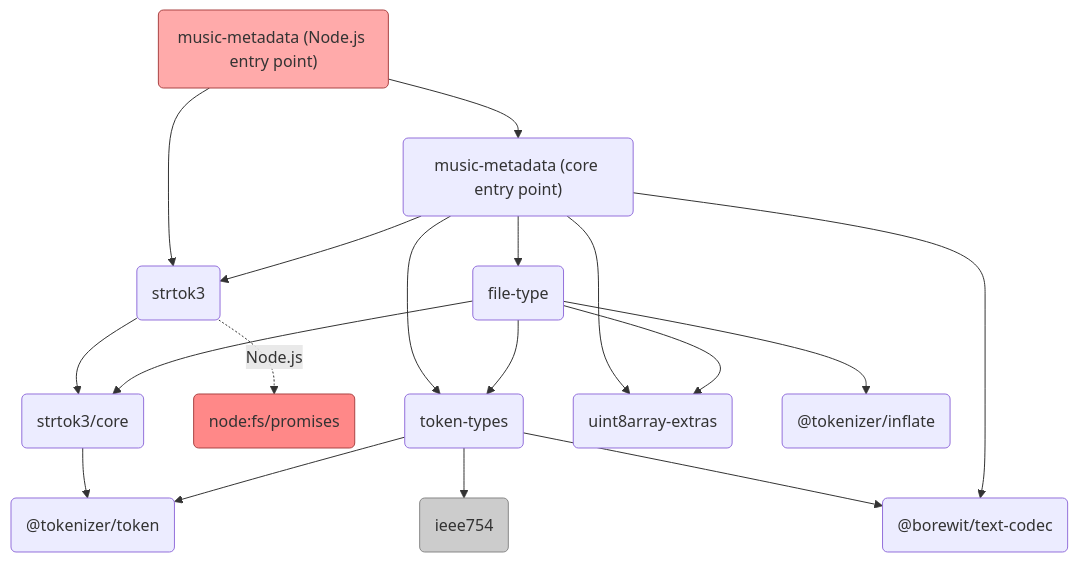
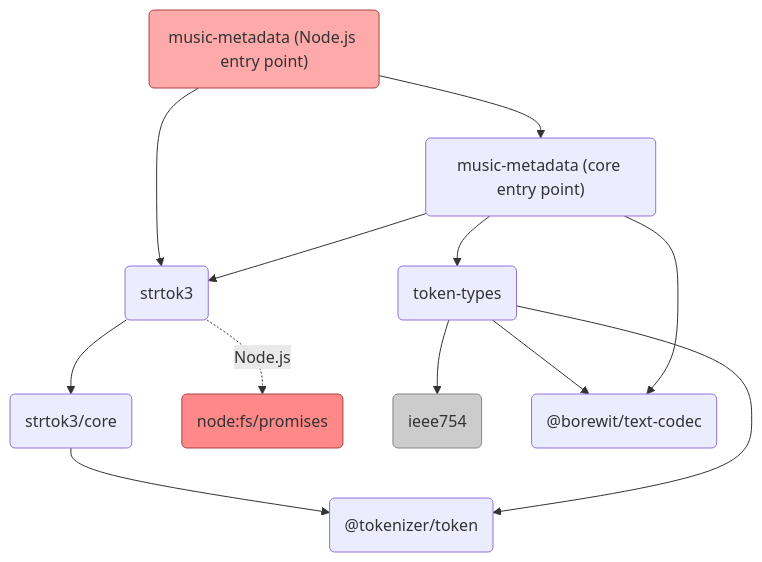
Before and after one commit to Borewit/music-metadata: the diagram in doc/architecture.md, drawn with Mermaid. The commit also changed other lines of this file and 9 other files, not shown here.

Commit message:
refactor: replace uint8array-extras with internal helpers

````diff
--- a/doc/architecture.md
+++ b/doc/architecture.md
@@ -106,23 +106,17 @@
 ```mermaid
 graph TD;
     MMN("music-metadata (Node.js entry point)")-->MMP
     MMN-->S(strtok3)
     S-->SC("strtok3/core")
     S-. "Node.js" .->FS("node:fs/promises")
     MMP("music-metadata (core entry point)")-->S
     MMP-->TY(token-types)
-    MMP-->FT(file-type)
-    MMP-->UAE(uint8array-extras)
-    FT-->SC
-    FT-->TY
-    FT-->UAE
-    FT-->INF("@tokenizer/inflate")
     SC-->TO("@tokenizer/token")
     TY-->TO
     TY-->IE(ieee754)
     TY-->TC("@borewit/text-codec")
     MMP-->TC
     style FS fill:#F88,stroke:#A44
     style IE fill:#CCC,stroke:#888
     style MMN fill:#FAA,stroke:#A44
 ```
````
